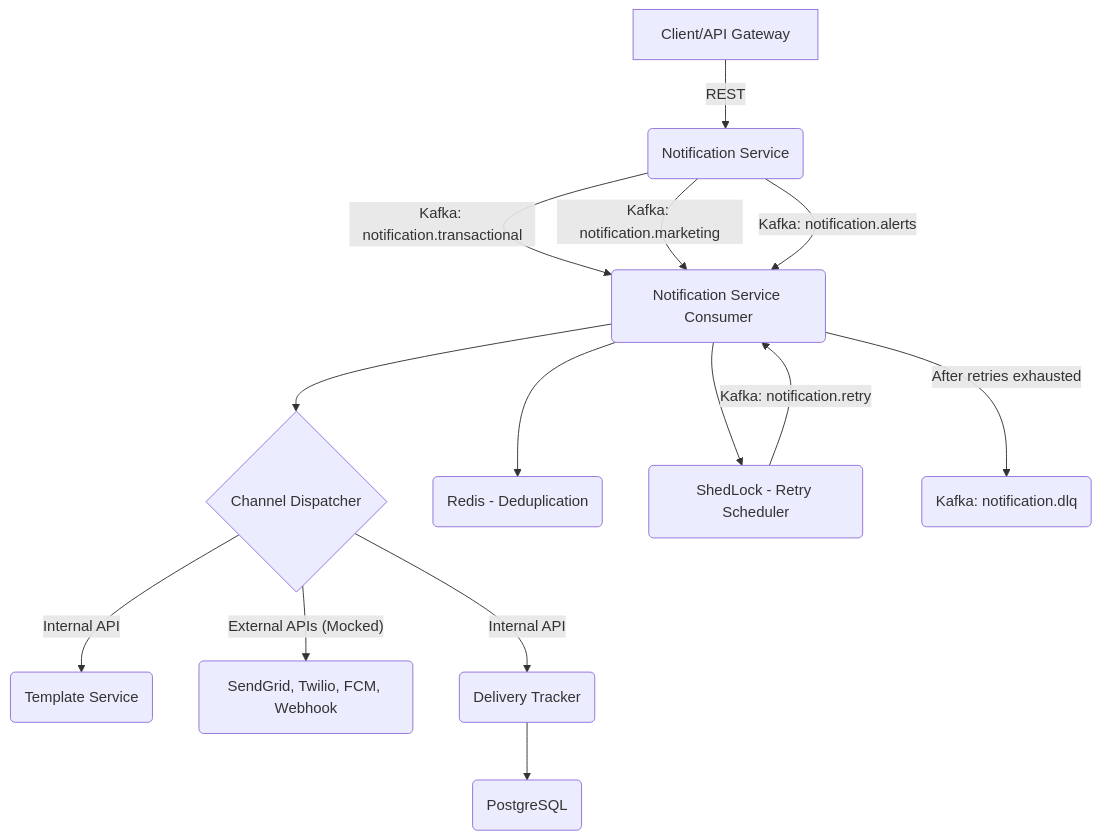
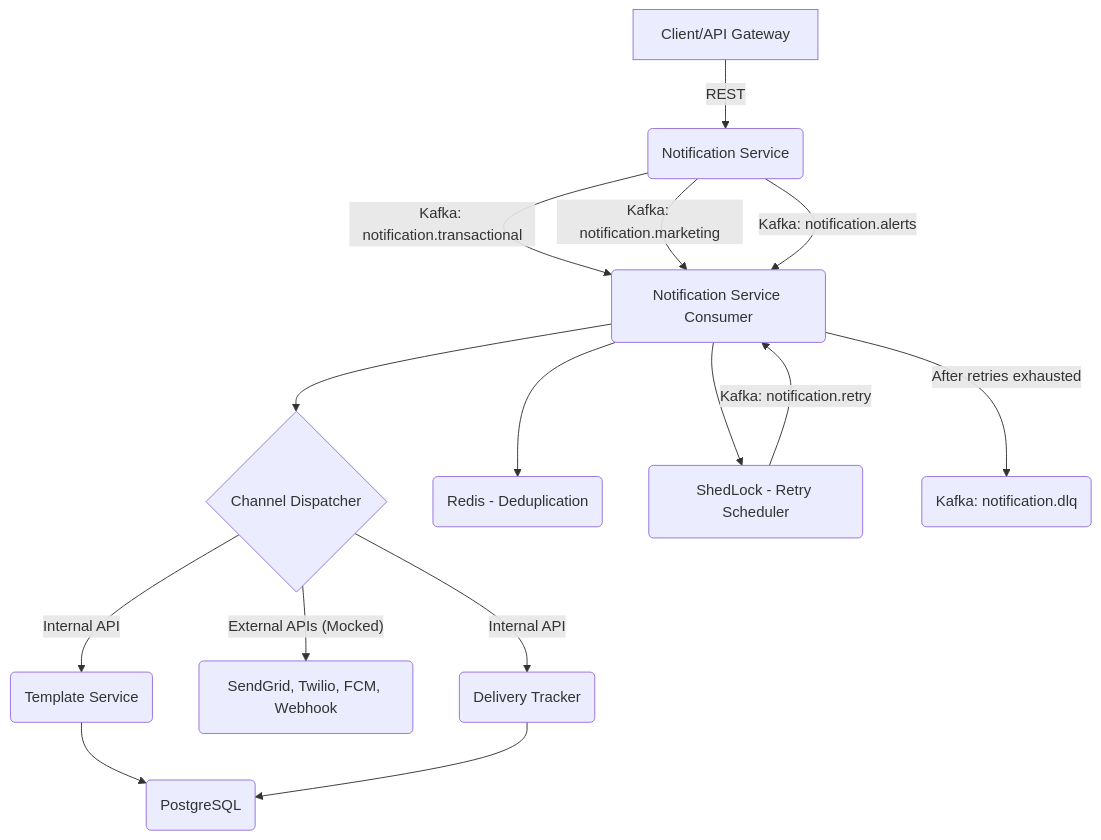
The first of 5 diagrams in README.md (abhim8/notification-platform), drawn with Mermaid before and after one commit.

````diff
--- a/README.md
+++ b/README.md
@@ -19,16 +19,17 @@
 ```mermaid
 graph TD
     A[Client/API Gateway] -->|REST| B(Notification Service)
     B -->|Kafka: notification.transactional| C(Notification Service Consumer)
     B -->|Kafka: notification.marketing| C
     B -->|Kafka: notification.alerts| C
     C --> D{Channel Dispatcher}
     D -->|Internal API| E(Template Service)
+    E --> H(PostgreSQL)
     D -->|"External APIs (Mocked)"| F(SendGrid, Twilio, FCM, Webhook)
     D -->|Internal API| G(Delivery Tracker)
     G --> H(PostgreSQL)
     C --> I(Redis - Deduplication)
     C --> J(ShedLock - Retry Scheduler)
     J -->|Kafka: notification.retry| C
     C -->|After retries exhausted| K(Kafka: notification.dlq)
 ```
````
